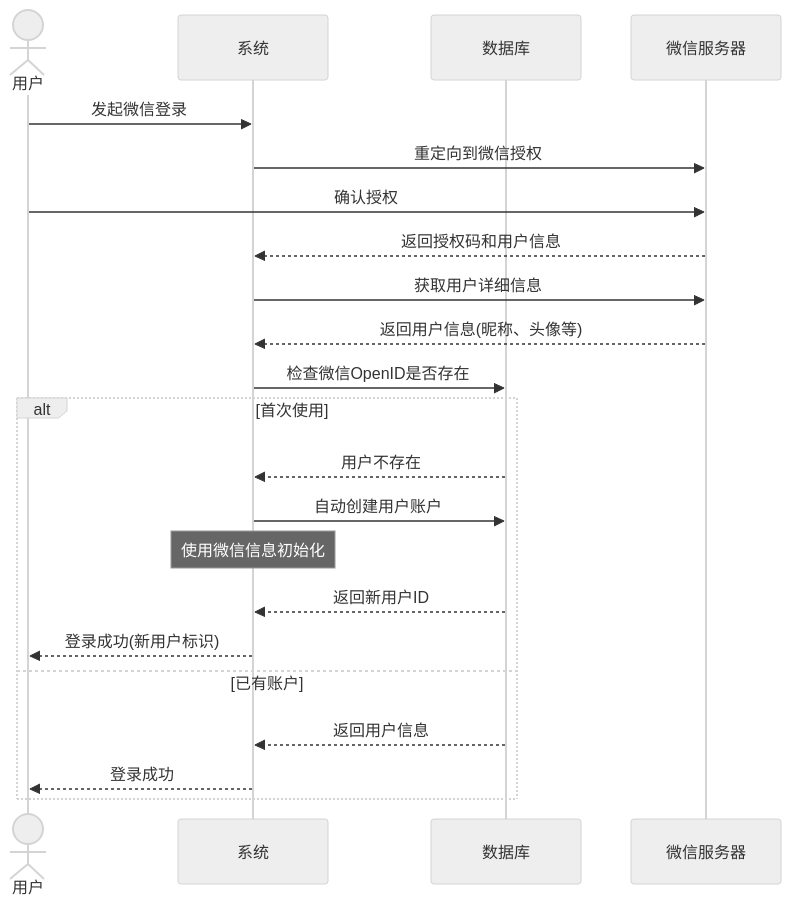
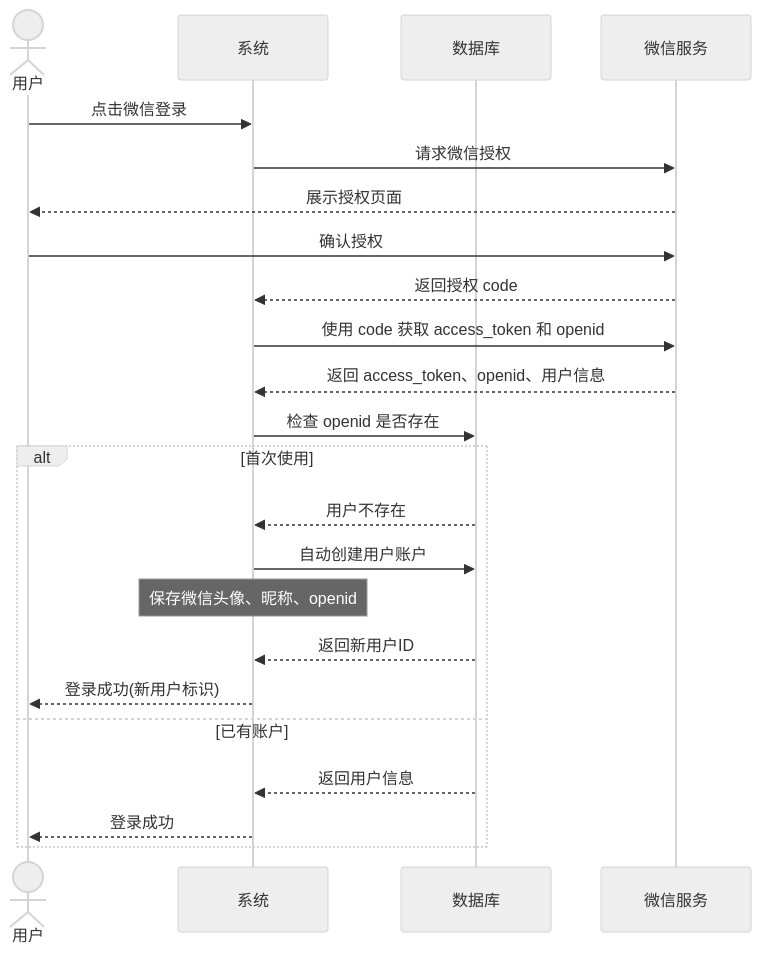
Before and after one commit to weihongyu12/web: the third of 4 diagrams in docs/features/authentication/registration/README.md, drawn with Mermaid (neutral theme). The commit also changed other lines of this file, not shown here.

````diff
--- a/docs/features/authentication/registration/README.md
+++ b/docs/features/authentication/registration/README.md
@@ -109,27 +110,27 @@
 ```mermaid
 sequenceDiagram
     actor User as 用户
     participant System as 系统
     participant DB as 数据库
-    participant WeChat as 微信服务器
-    
-    User->>System: 发起微信登录
-    System->>WeChat: 重定向到微信授权
+    participant WeChat as 微信服务
+
+    User->>System: 点击微信登录
+    System->>WeChat: 请求微信授权
+    WeChat-->>User: 展示授权页面
     User->>WeChat: 确认授权
-    WeChat-->>System: 返回授权码和用户信息
-    
-    System->>WeChat: 获取用户详细信息
-    WeChat-->>System: 返回用户信息(昵称、头像等)
-    
-    System->>DB: 检查微信OpenID是否存在
+    WeChat-->>System: 返回授权 code
+    System->>WeChat: 使用 code 获取 access_token 和 openid
+    WeChat-->>System: 返回 access_token、openid、用户信息
+
+    System->>DB: 检查 openid 是否存在
     alt 首次使用
         DB-->>System: 用户不存在
         System->>DB: 自动创建用户账户
-        Note over System: 使用微信信息初始化
+        Note over System: 保存微信头像、昵称、openid
         DB-->>System: 返回新用户ID
         System-->>User: 登录成功(新用户标识)
     else 已有账户
         DB-->>System: 返回用户信息
         System-->>User: 登录成功
     end
 ```
````
